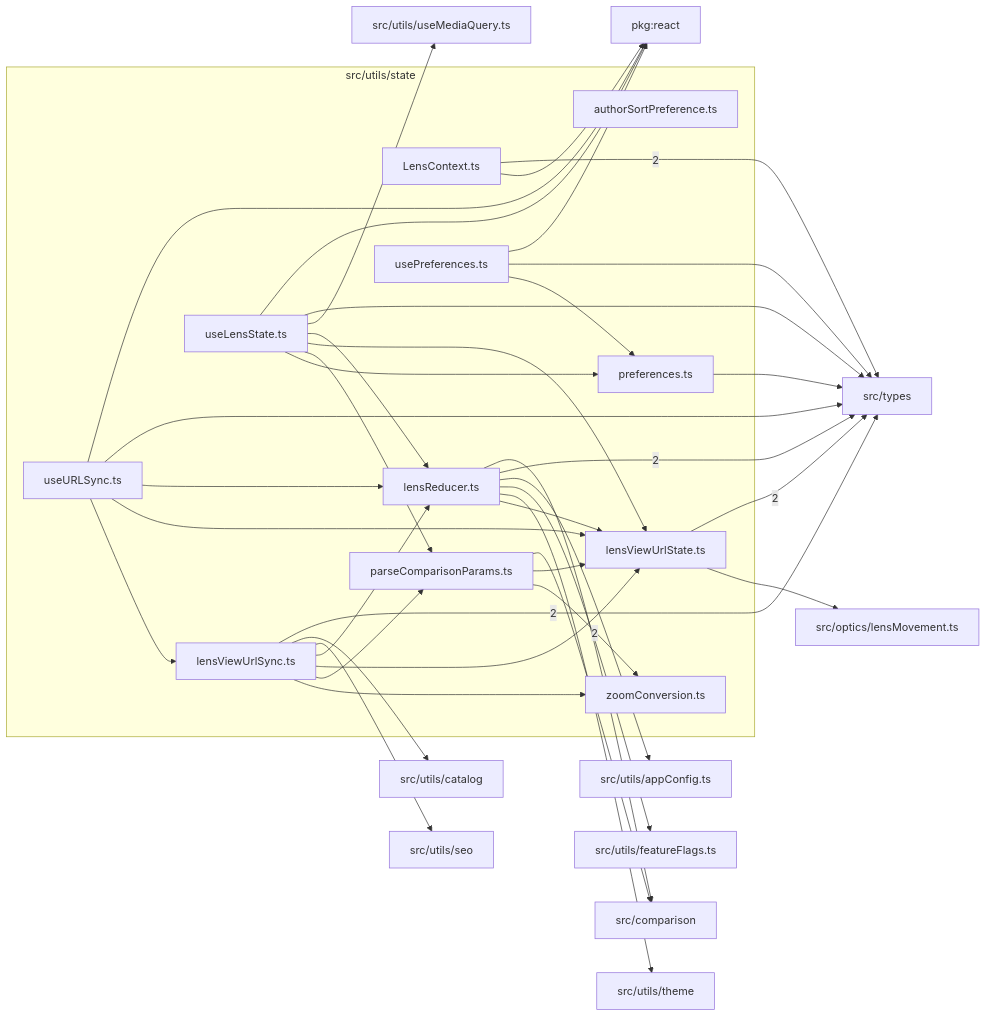
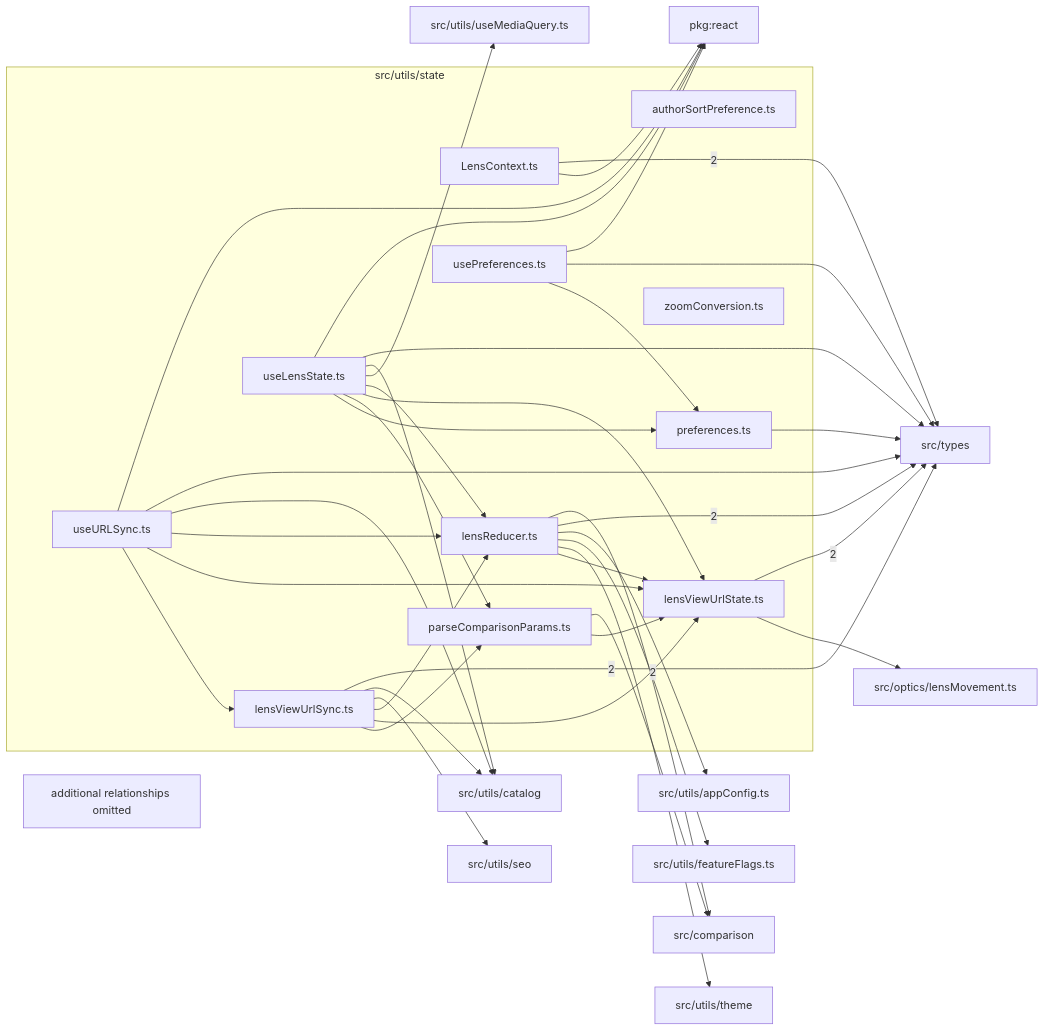
Before and after one commit to ronbuening/LensVisualizer: the diagram in src/utils/state/readme.md, drawn with Mermaid. The commit also changed other lines of this file and 8 other files, not shown here.

````diff
--- a/src/utils/state/readme.md
+++ b/src/utils/state/readme.md
@@ -9,62 +9,63 @@
 ```mermaid
 flowchart LR
   subgraph n_src_utils_state["src/utils/state"]
     n_src_utils_state_src_utils_state_authorSortPreference_ts["authorSortPreference.ts"]
     n_src_utils_state_src_utils_state_LensContext_ts["LensContext.ts"]
     n_src_utils_state_src_utils_state_lensReducer_ts["lensReducer.ts"]
     n_src_utils_state_src_utils_state_lensViewUrlState_ts["lensViewUrlState.ts"]
     n_src_utils_state_src_utils_state_lensViewUrlSync_ts["lensViewUrlSync.ts"]
     n_src_utils_state_src_utils_state_parseComparisonParams_ts["parseComparisonParams.ts"]
     n_src_utils_state_src_utils_state_preferences_ts["preferences.ts"]
     n_src_utils_state_src_utils_state_useLensState_ts["useLensState.ts"]
     n_src_utils_state_src_utils_state_usePreferences_ts["usePreferences.ts"]
     n_src_utils_state_src_utils_state_useURLSync_ts["useURLSync.ts"]
     n_src_utils_state_src_utils_state_zoomConversion_ts["zoomConversion.ts"]
   end
   n_external_src_comparison["src/comparison"]
   n_external_src_types["src/types"]
   n_external_pkg_react["pkg:react"]
   n_external_src_optics_lensMovement_ts["src/optics/lensMovement.ts"]
   n_external_src_utils_appConfig_ts["src/utils/appConfig.ts"]
   n_external_src_utils_catalog["src/utils/catalog"]
   n_external_src_utils_featureFlags_ts["src/utils/featureFlags.ts"]
   n_external_src_utils_seo["src/utils/seo"]
   n_external_src_utils_theme["src/utils/theme"]
   n_external_src_utils_useMediaQuery_ts["src/utils/useMediaQuery.ts"]
   n_src_utils_state_src_utils_state_lensReducer_ts --> |2| n_external_src_comparison
   n_src_utils_state_src_utils_state_LensContext_ts --> |2| n_external_src_types
   n_src_utils_state_src_utils_state_lensReducer_ts --> |2| n_external_src_types
   n_src_utils_state_src_utils_state_lensViewUrlState_ts --> |2| n_external_src_types
   n_src_utils_state_src_utils_state_lensViewUrlSync_ts --> |2| n_external_src_types
   n_src_utils_state_src_utils_state_LensContext_ts --> n_external_pkg_react
   n_src_utils_state_src_utils_state_useLensState_ts --> n_external_pkg_react
   n_src_utils_state_src_utils_state_usePreferences_ts --> n_external_pkg_react
   n_src_utils_state_src_utils_state_useURLSync_ts --> n_external_pkg_react
   n_src_utils_state_src_utils_state_parseComparisonParams_ts --> n_external_src_comparison
   n_src_utils_state_src_utils_state_lensViewUrlState_ts --> n_external_src_optics_lensMovement_ts
   n_src_utils_state_src_utils_state_preferences_ts --> n_external_src_types
   n_src_utils_state_src_utils_state_useLensState_ts --> n_external_src_types
   n_src_utils_state_src_utils_state_usePreferences_ts --> n_external_src_types
   n_src_utils_state_src_utils_state_useURLSync_ts --> n_external_src_types
   n_src_utils_state_src_utils_state_lensReducer_ts --> n_external_src_utils_appConfig_ts
   n_src_utils_state_src_utils_state_lensViewUrlSync_ts --> n_external_src_utils_catalog
+  n_src_utils_state_src_utils_state_useLensState_ts --> n_external_src_utils_catalog
+  n_src_utils_state_src_utils_state_useURLSync_ts --> n_external_src_utils_catalog
   n_src_utils_state_src_utils_state_lensReducer_ts --> n_external_src_utils_featureFlags_ts
   n_src_utils_state_src_utils_state_lensViewUrlSync_ts --> n_external_src_utils_seo
   n_src_utils_state_src_utils_state_lensReducer_ts --> n_external_src_utils_theme
   n_src_utils_state_src_utils_state_useLensState_ts --> n_external_src_utils_useMediaQuery_ts
   n_src_utils_state_src_utils_state_lensViewUrlSync_ts --> n_src_utils_state_src_utils_state_lensReducer_ts
   n_src_utils_state_src_utils_state_useLensState_ts --> n_src_utils_state_src_utils_state_lensReducer_ts
   n_src_utils_state_src_utils_state_useURLSync_ts --> n_src_utils_state_src_utils_state_lensReducer_ts
   n_src_utils_state_src_utils_state_lensReducer_ts --> n_src_utils_state_src_utils_state_lensViewUrlState_ts
   n_src_utils_state_src_utils_state_lensViewUrlSync_ts --> n_src_utils_state_src_utils_state_lensViewUrlState_ts
   n_src_utils_state_src_utils_state_parseComparisonParams_ts --> n_src_utils_state_src_utils_state_lensViewUrlState_ts
   n_src_utils_state_src_utils_state_useLensState_ts --> n_src_utils_state_src_utils_state_lensViewUrlState_ts
   n_src_utils_state_src_utils_state_useURLSync_ts --> n_src_utils_state_src_utils_state_lensViewUrlState_ts
   n_src_utils_state_src_utils_state_useURLSync_ts --> n_src_utils_state_src_utils_state_lensViewUrlSync_ts
   n_src_utils_state_src_utils_state_lensViewUrlSync_ts --> n_src_utils_state_src_utils_state_parseComparisonParams_ts
   n_src_utils_state_src_utils_state_useLensState_ts --> n_src_utils_state_src_utils_state_parseComparisonParams_ts
   n_src_utils_state_src_utils_state_useLensState_ts --> n_src_utils_state_src_utils_state_preferences_ts
   n_src_utils_state_src_utils_state_usePreferences_ts --> n_src_utils_state_src_utils_state_preferences_ts
-  n_src_utils_state_src_utils_state_lensViewUrlSync_ts --> n_src_utils_state_src_utils_state_zoomConversion_ts
-  n_src_utils_state_src_utils_state_parseComparisonParams_ts --> n_src_utils_state_src_utils_state_zoomConversion_ts
+  n_src_utils_state_truncated["additional relationships omitted"]
 ```
````
